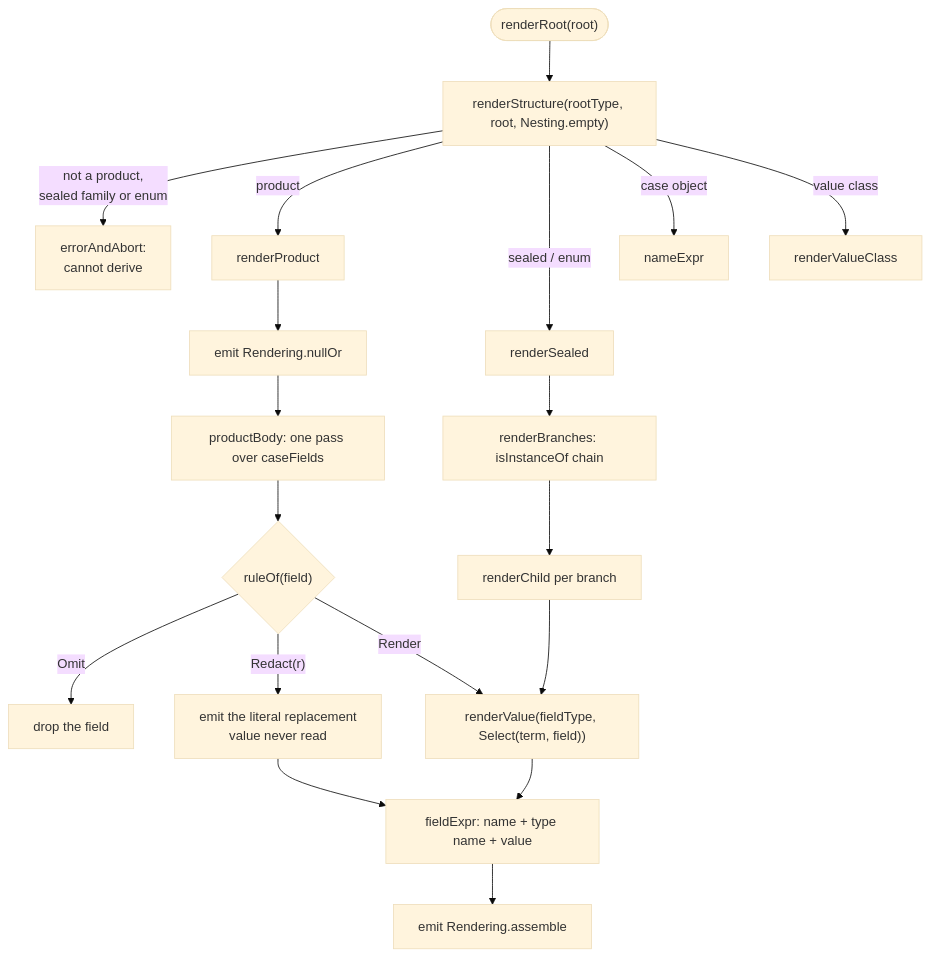
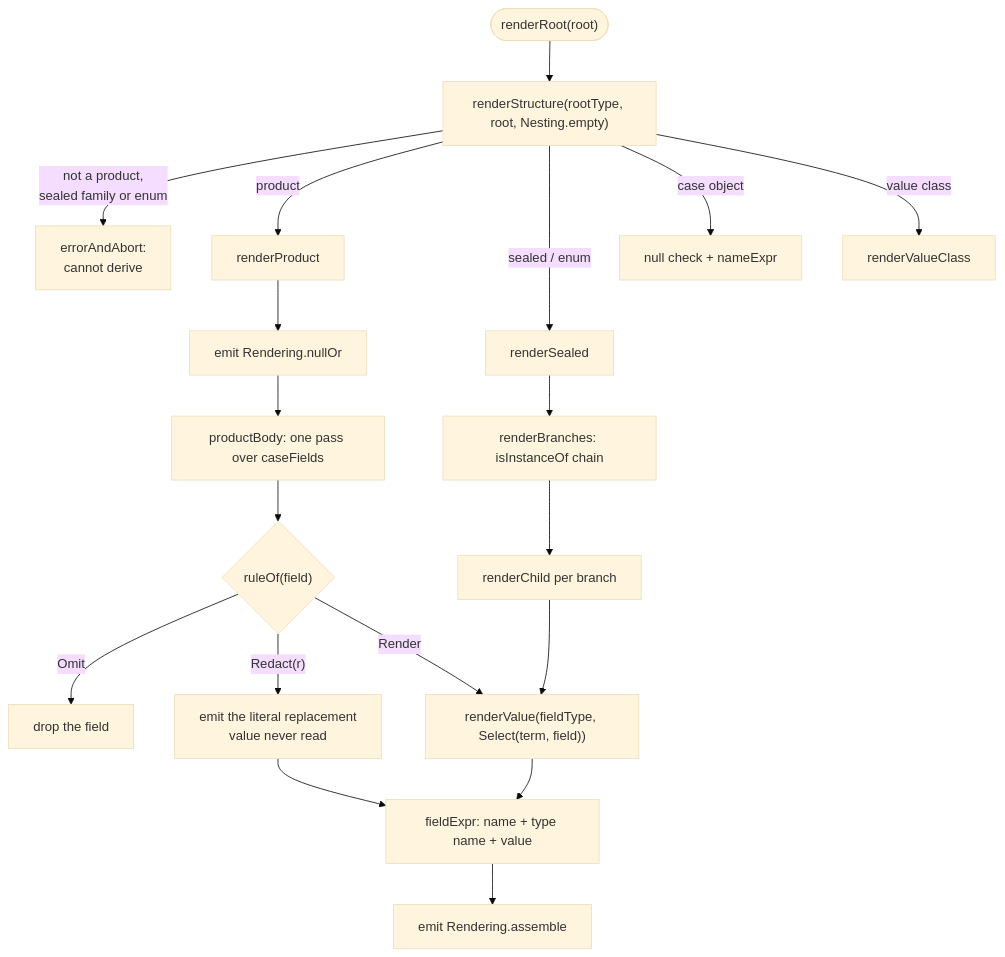
One commit to worxbend/worxbend changed the fourth of 11 diagrams in libs/commons/reveal/ARCHITECTURE.md. Above: the diagram before and after it, drawn with Mermaid (base theme). The commit also changed other lines of this file and 25 other files, not shown here.

````diff
--- a/libs/commons/reveal/ARCHITECTURE.md
+++ b/libs/commons/reveal/ARCHITECTURE.md
@@ -158,23 +158,23 @@
 ```mermaid
 flowchart TB
   START(["renderRoot(root)"]) --> RS["renderStructure(rootType, root, Nesting.empty)"]
   RS -->|"not a product,<br/>sealed family or enum"| ERR["errorAndAbort:<br/>cannot derive"]
   RS -->|"product"| RP["renderProduct"]
   RS -->|"sealed / enum"| RSE["renderSealed"]
-  RS -->|"case object"| NAME["nameExpr"]
+  RS -->|"case object"| NAME["null check + nameExpr"]
   RS -->|"value class"| RVC["renderValueClass"]
 
   RP --> NULL["emit Rendering.nullOr"]
   NULL --> PB["productBody: one pass over caseFields"]
   PB --> RULE{"ruleOf(field)"}
   RULE -->|"Omit"| DROP["drop the field"]
   RULE -->|"Redact(r)"| LIT["emit the literal replacement<br/>value never read"]
   RULE -->|"Render"| RV["renderValue(fieldType, Select(term, field))"]
   RV --> FE["fieldExpr: name + type name + value"]
   LIT --> FE
   FE --> ASM["emit Rendering.assemble"]
 
   RSE --> BR["renderBranches: isInstanceOf chain"]
   BR --> RC["renderChild per branch"]
   RC --> RV
 ```
````
